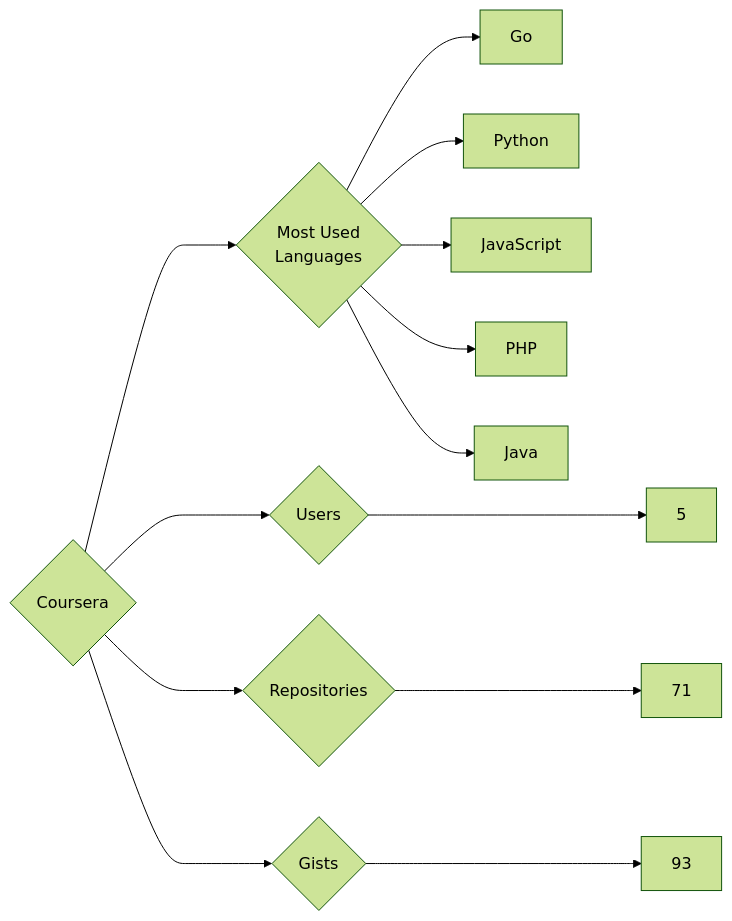
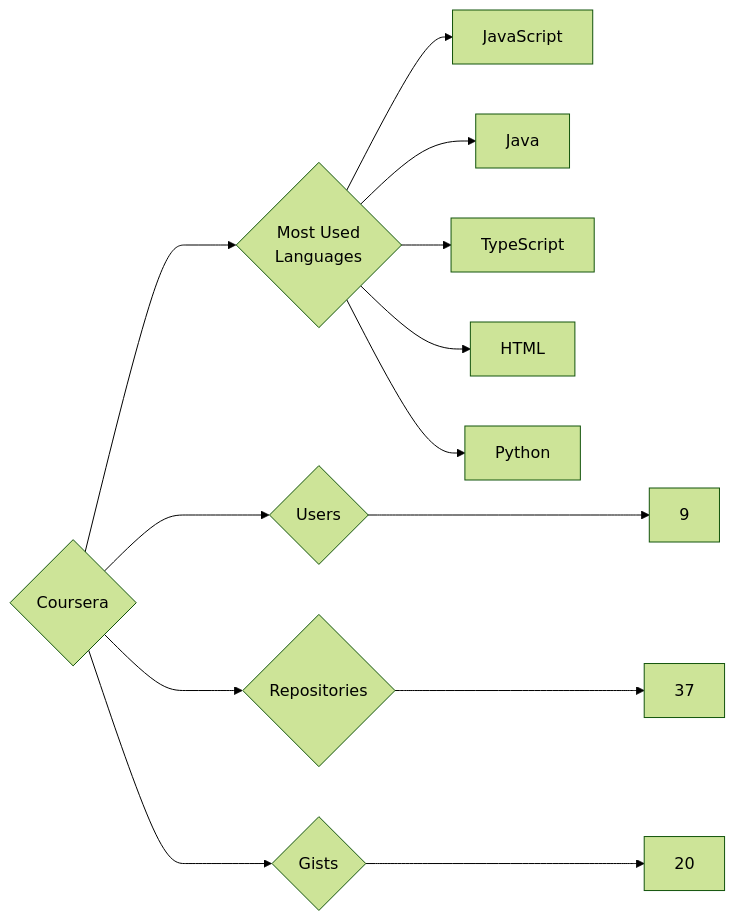
Before and after one commit to trickest/insiders: the diagram in targets/Coursera/README.md, drawn with Mermaid (forest theme). The commit also changed 1003 other files, not shown here.

````diff
--- a/targets/Coursera/README.md
+++ b/targets/Coursera/README.md
@@ -3,13 +3,13 @@
 ```mermaid
 graph LR
 COMPANY_NAME{Coursera}
-COMPANY_NAME ---> U{Users} ---> UN[5]
-COMPANY_NAME ---> R{Repositories} ---> RN[71]
-COMPANY_NAME ---> G{Gists} ---> GN[93]
+COMPANY_NAME ---> U{Users} ---> UN[9]
+COMPANY_NAME ---> R{Repositories} ---> RN[37]
+COMPANY_NAME ---> G{Gists} ---> GN[20]
 COMPANY_NAME ---> ML{Most Used<br>Languages}
-ML --> Go[Go]
+ML --> JavaScript[JavaScript]
+ML --> Java[Java]
+ML --> TypeScript[TypeScript]
+ML --> HTML[HTML]
 ML --> Python[Python]
-ML --> JavaScript[JavaScript]
-ML --> PHP[PHP]
-ML --> Java[Java]
 ```
````
